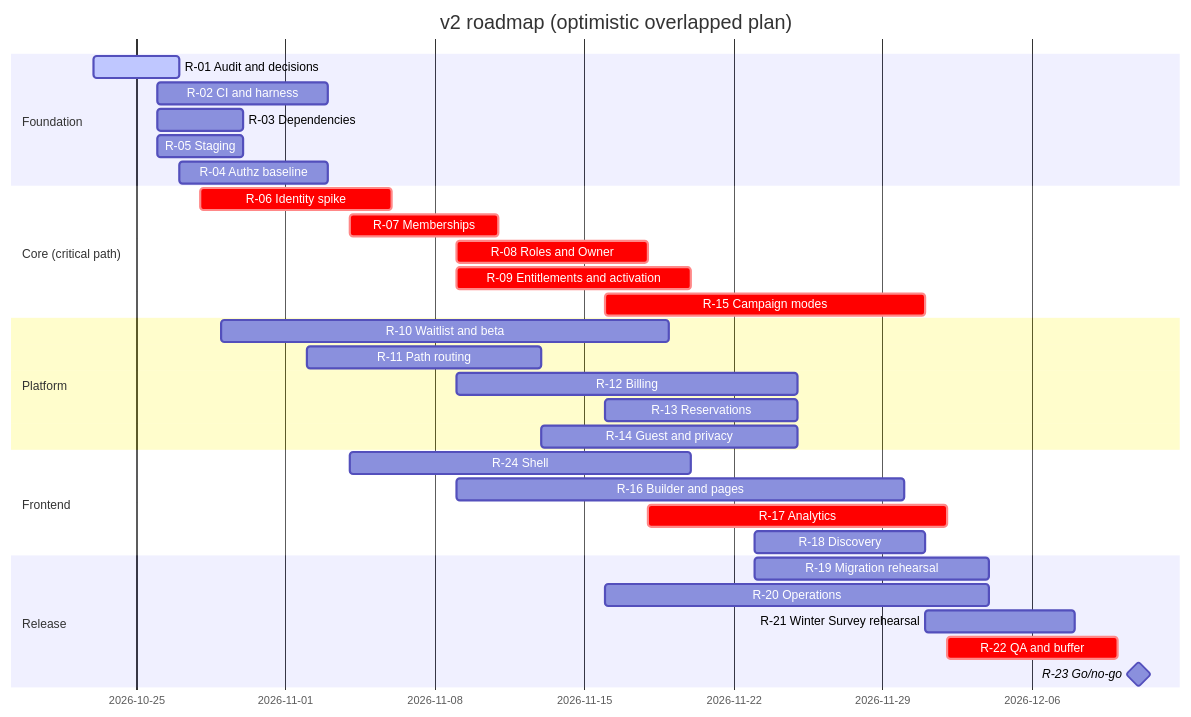
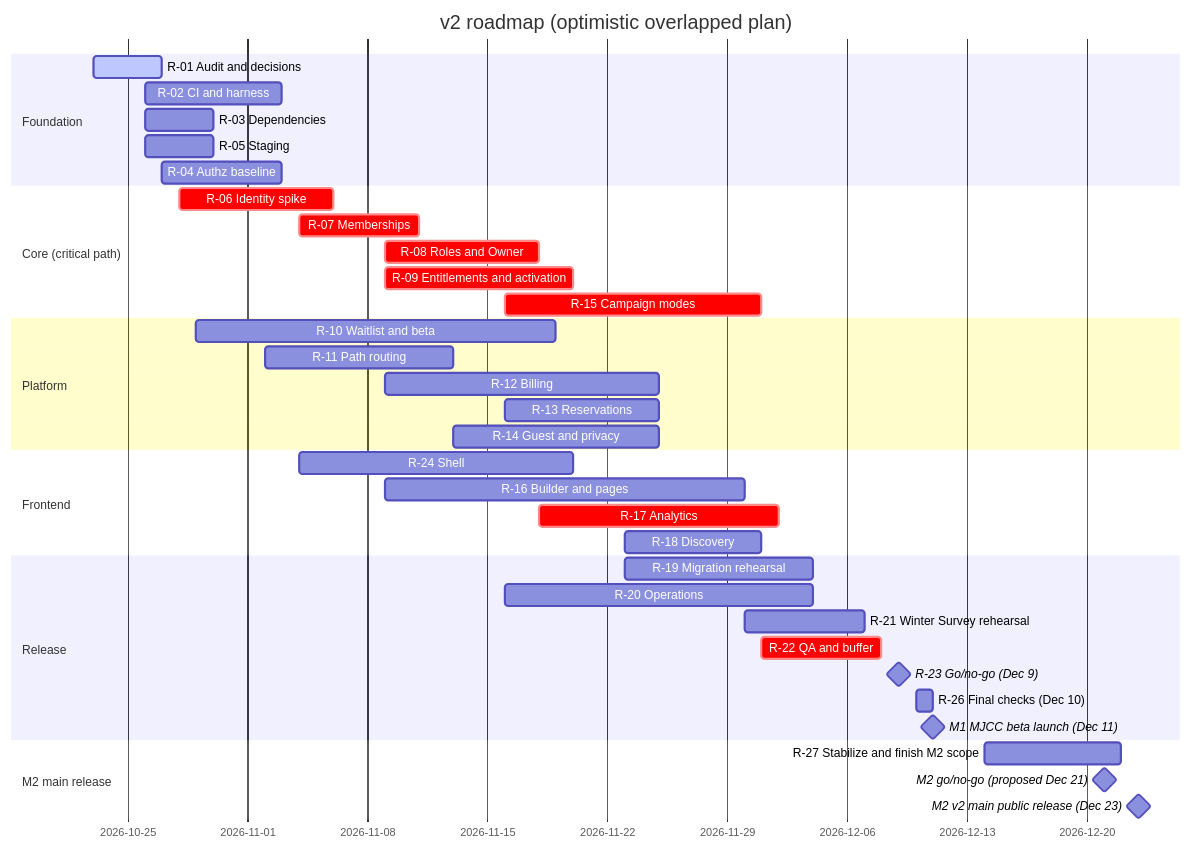
One commit to KpnSolute/Lunchvoice changed the diagram in docs/backend/EXECUTION_ROADMAP.md. Above: the diagram before and after it, drawn with Mermaid. The commit also changed other lines of this file and 12 other files, not shown here.

First line of the commit message:
docs: reflect Dec 11 MJCC beta, Dec 9 review and Dec 23 main release

````diff
--- a/docs/backend/EXECUTION_ROADMAP.md
+++ b/docs/backend/EXECUTION_ROADMAP.md
@@ -334,34 +379,40 @@
 ```mermaid
 gantt
   dateFormat YYYY-MM-DD
   title v2 roadmap (optimistic overlapped plan)
   section Foundation
   R-01 Audit and decisions :active, r01, 2026-10-23, 2026-10-27
   R-02 CI and harness :r02, 2026-10-26, 2026-11-03
   R-03 Dependencies :r03, 2026-10-26, 2026-10-30
   R-05 Staging :r05, 2026-10-26, 2026-10-30
   R-04 Authz baseline :r04, 2026-10-27, 2026-11-03
   section Core (critical path)
   R-06 Identity spike :crit, r06, 2026-10-28, 2026-11-06
   R-07 Memberships :crit, r07, 2026-11-04, 2026-11-11
   R-08 Roles and Owner :crit, r08, 2026-11-09, 2026-11-18
   R-09 Entitlements and activation :crit, r09, 2026-11-09, 2026-11-20
   R-15 Campaign modes :crit, r15, 2026-11-16, 2026-12-01
   section Platform
   R-10 Waitlist and beta :r10, 2026-10-29, 2026-11-19
   R-11 Path routing :r11, 2026-11-02, 2026-11-13
   R-12 Billing :r12, 2026-11-09, 2026-11-25
   R-13 Reservations :r13, 2026-11-16, 2026-11-25
   R-14 Guest and privacy :r14, 2026-11-13, 2026-11-25
   section Frontend
   R-24 Shell :r24, 2026-11-04, 2026-11-20
   R-16 Builder and pages :r16, 2026-11-09, 2026-11-30
   R-17 Analytics :crit, r17, 2026-11-18, 2026-12-02
   R-18 Discovery :r18, 2026-11-23, 2026-12-01
   section Release
   R-19 Migration rehearsal :r19, 2026-11-23, 2026-12-04
   R-20 Operations :r20, 2026-11-16, 2026-12-04
-  R-21 Winter Survey rehearsal :r21, 2026-12-01, 2026-12-08
-  R-22 QA and buffer :crit, r22, 2026-12-02, 2026-12-10
-  R-23 Go/no-go :milestone, r23, 2026-12-11, 0d
+  R-21 Winter Survey rehearsal :r21, 2026-11-30, 2026-12-07
+  R-22 QA and buffer :crit, r22, 2026-12-01, 2026-12-08
+  R-23 Go/no-go (Dec 9) :milestone, r23, 2026-12-09, 0d
+  R-26 Final checks (Dec 10) :r26, 2026-12-10, 1d
+  M1 MJCC beta launch (Dec 11) :milestone, m1, 2026-12-11, 0d
+  section M2 main release
+  R-27 Stabilize and finish M2 scope :r27, 2026-12-14, 2026-12-22
+  M2 go/no-go (proposed Dec 21) :milestone, m2g, 2026-12-21, 0d
+  M2 v2 main public release (Dec 23) :milestone, m2, 2026-12-23, 0d
 ```
````
